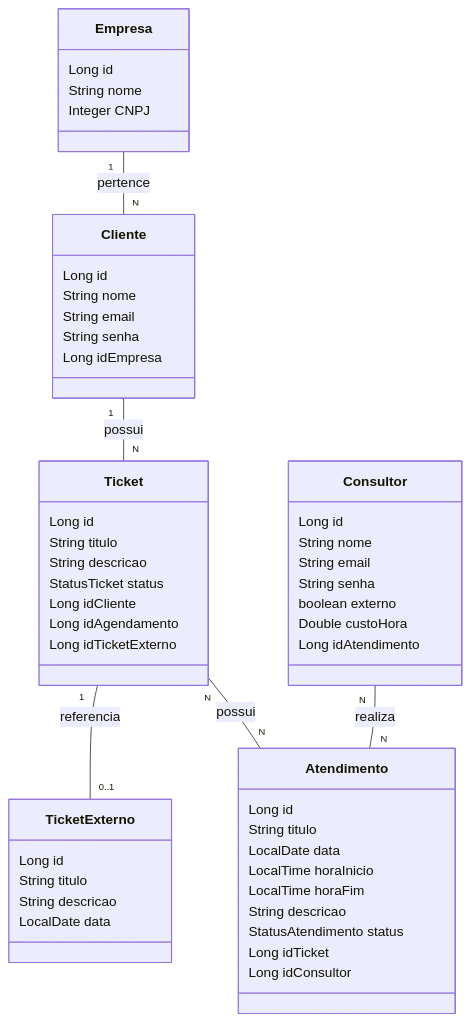
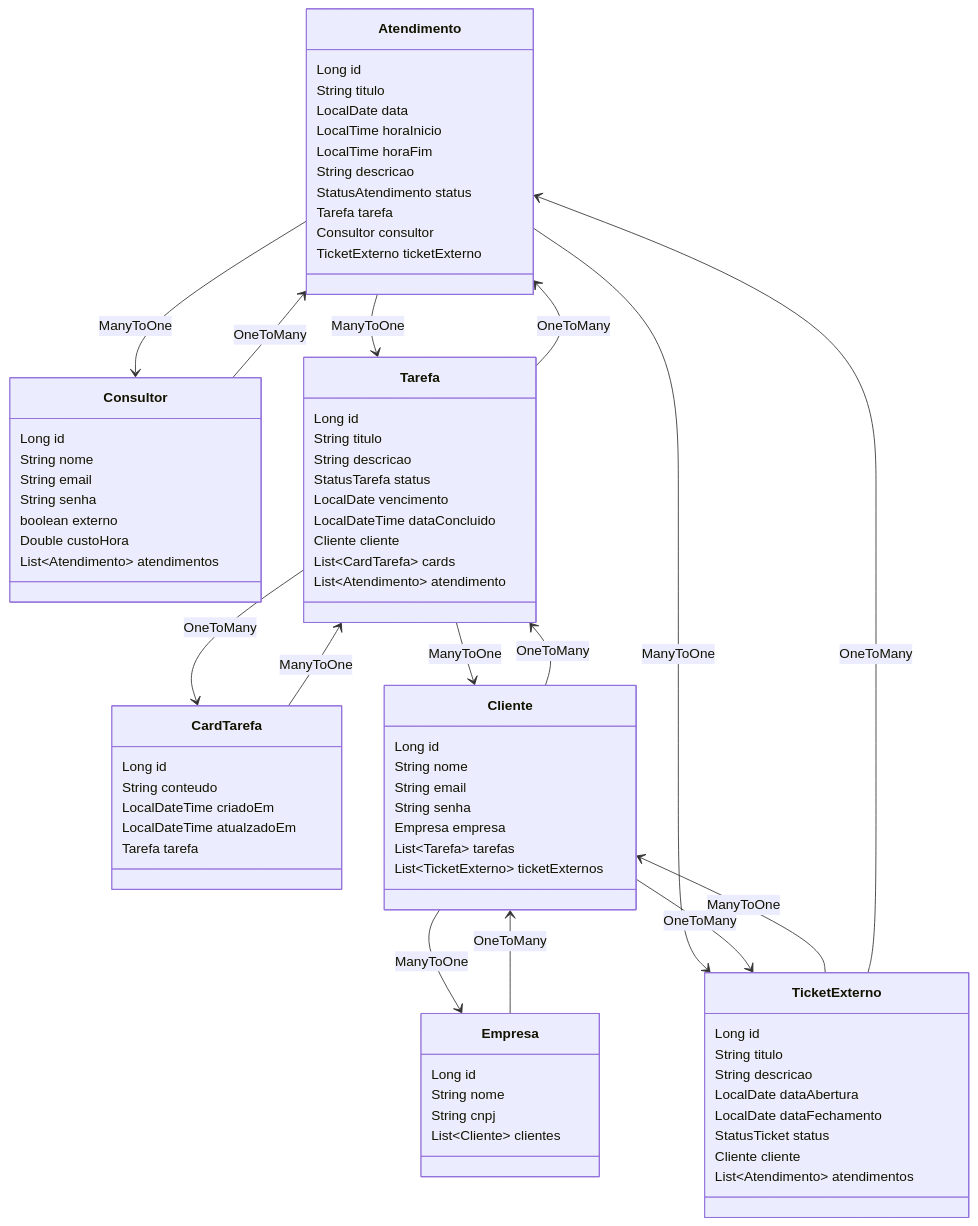
The diagram in README.md (Demanxier/ConsultService), drawn with Mermaid before and after one commit.

````diff
--- a/README.md
+++ b/README.md
@@ -8,18 +8,27 @@
         LocalTime horaFim
         String descricao
         StatusAtendimento status
-        Long idTicket
-        Long idConsultor
+        Tarefa tarefa
+        Consultor consultor
+        TicketExterno ticketExterno
     }
 
-    class Ticket {
+    class CardTarefa {
         Long id
-        String titulo
-        String descricao
-        StatusTicket status
-        Long idCliente
-        Long idAgendamento
-        Long idTicketExterno
+        String conteudo
+        LocalDateTime criadoEm
+        LocalDateTime atualzadoEm
+        Tarefa tarefa
+    }
+
+    class Cliente {
+        Long id
+        String nome
+        String email
+        String senha
+        Empresa empresa
+        List~Tarefa~ tarefas
+        List~TicketExterno~ ticketExternos
     }
 
     class Consultor {
@@ -29,33 +38,51 @@
         String senha
         boolean externo
         Double custoHora
-        Long idAtendimento
-    }
-
-    class Cliente {
-        Long id
-        String nome
-        String email
-        String senha
-        Long idEmpresa
+        List~Atendimento~ atendimentos
     }
 
     class Empresa {
         Long id
         String nome
-        Integer CNPJ
+        String cnpj
+        List~Cliente~ clientes
+    }
+
+    class Tarefa {
+        Long id
+        String titulo
+        String descricao
+        StatusTarefa status
+        LocalDate vencimento
+        LocalDateTime dataConcluido
+        Cliente cliente
+        List~CardTarefa~ cards
+        List~Atendimento~ atendimento
     }
 
     class TicketExterno {
         Long id
         String titulo
         String descricao
-        LocalDate data
+        LocalDate dataAbertura
+        LocalDate dataFechamento
+        StatusTicket status
+        Cliente cliente
+        List~Atendimento~ atendimentos
     }
 
-    Cliente "1" -- "N" Ticket : possui
-    Empresa "1" -- "N" Cliente : pertence
-    Ticket "1" -- "0..1" TicketExterno : referencia
-    Ticket "N" -- "N" Atendimento : possui
-    Consultor "N" -- "N" Atendimento : realiza
+    Atendimento --> Tarefa : ManyToOne
+    Atendimento --> Consultor : ManyToOne
+    Atendimento --> TicketExterno : ManyToOne
+    CardTarefa --> Tarefa : ManyToOne
+    Cliente --> Empresa : ManyToOne
+    Cliente --> Tarefa : OneToMany
+    Cliente --> TicketExterno : OneToMany
+    Consultor --> Atendimento : OneToMany
+    Empresa --> Cliente : OneToMany
+    Tarefa --> Cliente : ManyToOne
+    Tarefa --> CardTarefa : OneToMany
+    Tarefa --> Atendimento : OneToMany
+    TicketExterno --> Cliente : ManyToOne
+    TicketExterno --> Atendimento : OneToMany
 ```
````
